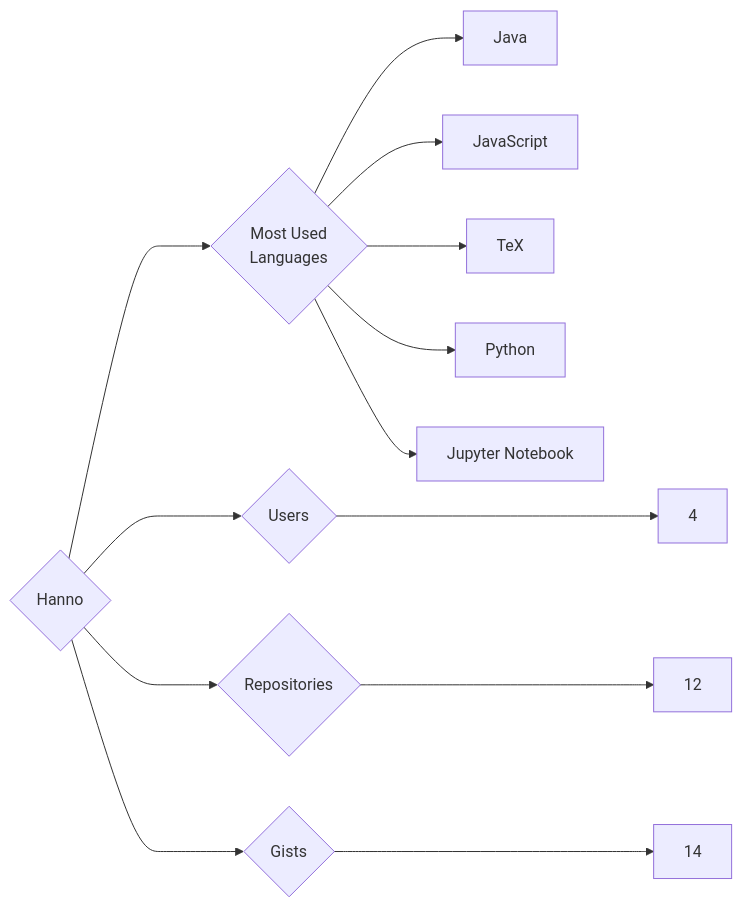
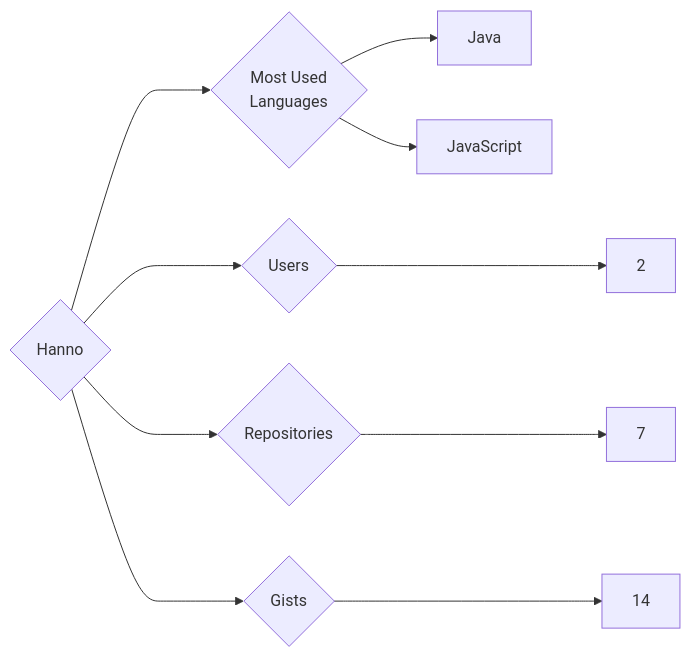
Before and after one commit to trickest/insiders: the diagram in targets/Hanno/README.md, drawn with Mermaid. The commit also changed 997 other files, not shown here.

````diff
--- a/targets/Hanno/README.md
+++ b/targets/Hanno/README.md
@@ -3,13 +3,10 @@
 ```mermaid
 graph LR
 COMPANY_NAME{Hanno}
-COMPANY_NAME ---> U{Users} ---> UN[4]
-COMPANY_NAME ---> R{Repositories} ---> RN[12]
+COMPANY_NAME ---> U{Users} ---> UN[2]
+COMPANY_NAME ---> R{Repositories} ---> RN[7]
 COMPANY_NAME ---> G{Gists} ---> GN[14]
 COMPANY_NAME ---> ML{Most Used<br>Languages}
 ML --> Java[Java]
 ML --> JavaScript[JavaScript]
-ML --> TeX[TeX]
-ML --> Python[Python]
-ML --> Jupyter_Notebook[Jupyter Notebook]
 ```
````
